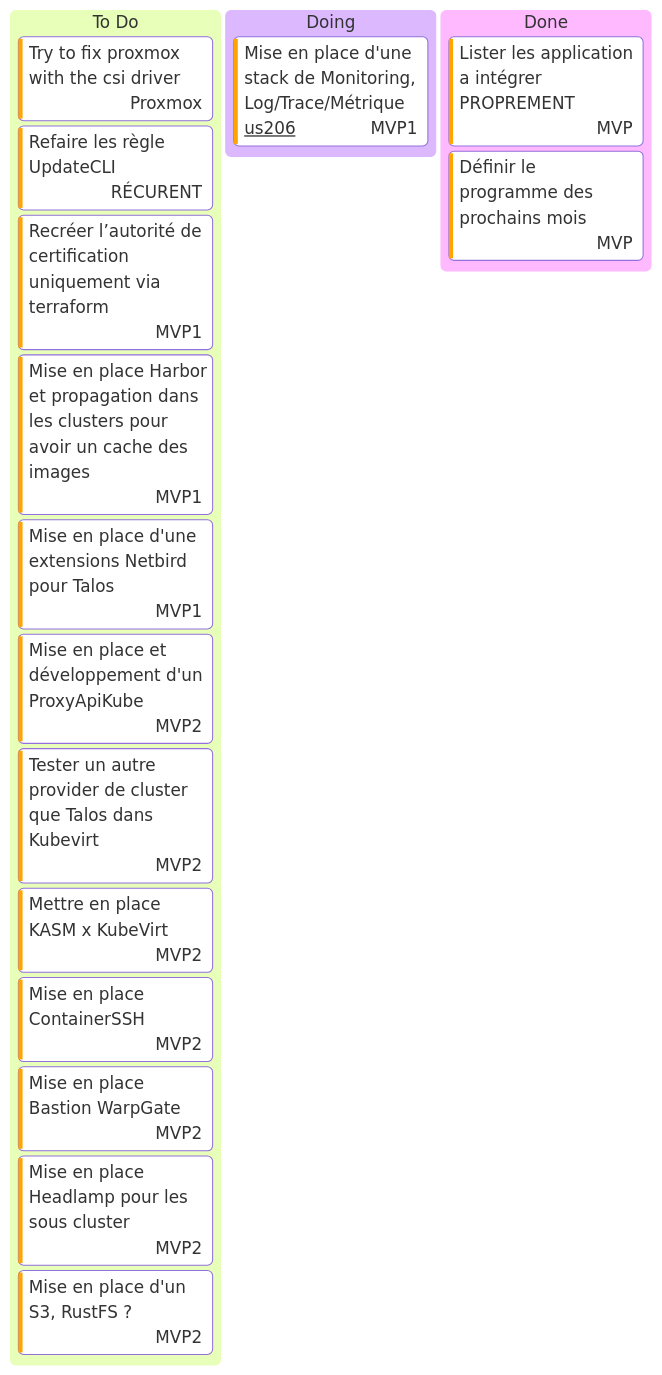
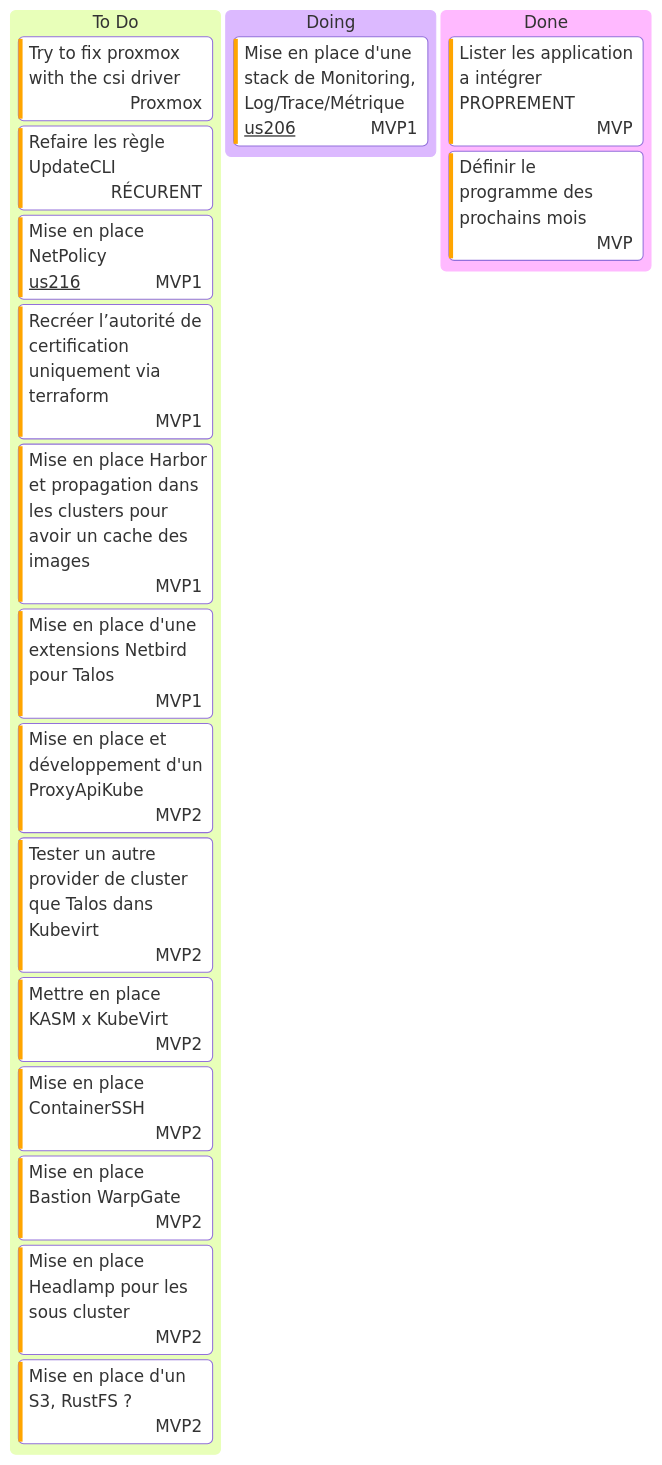
The diagram in 0.docs/0.introduction/kanban.md (batleforc/weebo-si), drawn with Mermaid before and after one commit. The commit also changed 3 other files, not shown here.

````diff
--- a/0.docs/0.introduction/kanban.md
+++ b/0.docs/0.introduction/kanban.md
@@ -3,27 +3,28 @@
 ```mermaid
 ---
 config:
   kanban:
     ticketBaseUrl: 'https://batleforc.github.io/weebo-si/0.us/#TICKET#'
 ---
 
 kanban
   todo[To Do]
     us203[Try to fix proxmox with the csi driver]@{ assigned: Proxmox, priority: 'High'}
     us204[Refaire les règle UpdateCLI]@{ assigned: RÉCURENT, priority: 'High'}
+    us216[Mise en place NetPolicy]@{ assigned: MVP1, priority: 'High', ticket: 'us216'}
     us205[Recréer l’autorité de certification uniquement via terraform]@{ assigned: MVP1, priority: 'High'}
     us207[Mise en place Harbor et propagation dans les clusters pour avoir un cache des images]@{ assigned: MVP1, priority: 'High'}
     us208[Mise en place d'une extensions Netbird pour Talos]@{ assigned: MVP1, priority: 'High'}
     us209[Mise en place et développement d'un ProxyApiKube]@{ assigned: MVP2, priority: 'High'}
     us210[Tester un autre provider de cluster que Talos dans Kubevirt]@{ assigned: MVP2, priority: 'High'}
     us211[Mettre en place KASM x KubeVirt]@{ assigned: MVP2, priority: 'High'}
     us212[Mise en place ContainerSSH]@{ assigned: MVP2, priority: 'High'}
     us213[Mise en place Bastion WarpGate]@{ assigned: MVP2, priority: 'High'}
     us214[Mise en place Headlamp pour les sous cluster]@{ assigned: MVP2, priority: 'High'}
     us215[Mise en place d'un S3, RustFS ?]@{ assigned: MVP2, priority: 'High'}
   doing[Doing]
     us206[Mise en place d'une stack de Monitoring, Log/Trace/Métrique]@{ assigned: MVP1, priority: 'High', ticket: 'us206'}
   done[Done]
     us201[Lister les application a intégrer PROPREMENT]@{ assigned: MVP, priority: 'High'}
     us202[Définir le programme des prochains mois]@{ assigned: MVP, priority: 'High'}
 ```
````
